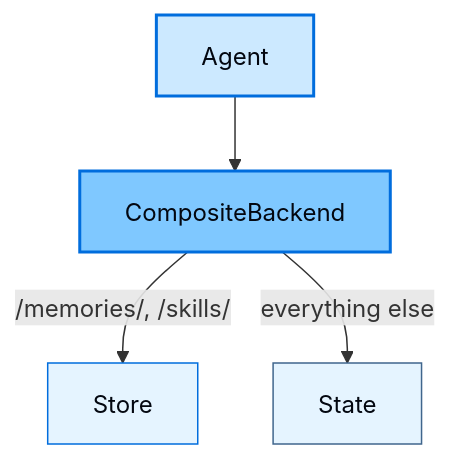
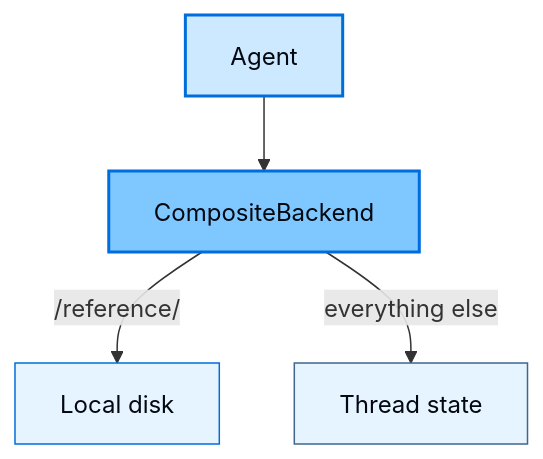
Before and after one commit to langchain-ai/lca-deepagents: the third of 3 diagrams in thinkific/src/m2/m2.2-filesystem.md, drawn with Mermaid. The commit also changed other lines of this file and 46 other files, not shown here.

```diff
--- a/thinkific/src/m2/m2.2-filesystem.md
+++ b/thinkific/src/m2/m2.2-filesystem.md
@@ -186,16 +124,16 @@
 <div class="mermaid">
 graph TB
     A2[Agent] --> CB[CompositeBackend]
-    CB -->|"/memories/, /skills/"| D2[Store]
-    CB -->|"everything else"| ST[State]
+    CB -->|"/reference/"| D2[Local disk]
+    CB -->|"everything else"| ST[Thread state]
 
     classDef agent fill:#CCE9FF,stroke:#006DDD,stroke-width:2px,color:#030710
     classDef backend fill:#7FC8FF,stroke:#006DDD,stroke-width:2px,color:#030710
-    classDef store fill:#E5F4FF,stroke:#006DDD,stroke-width:1px,color:#030710
+    classDef disk fill:#E5F4FF,stroke:#006DDD,stroke-width:1px,color:#030710
     classDef state fill:#E5F4FF,stroke:#40668D,stroke-width:1px,color:#030710
 
     class A2 agent
     class CB backend
-    class D2 store
+    class D2 disk
     class ST state
 </div>
```
